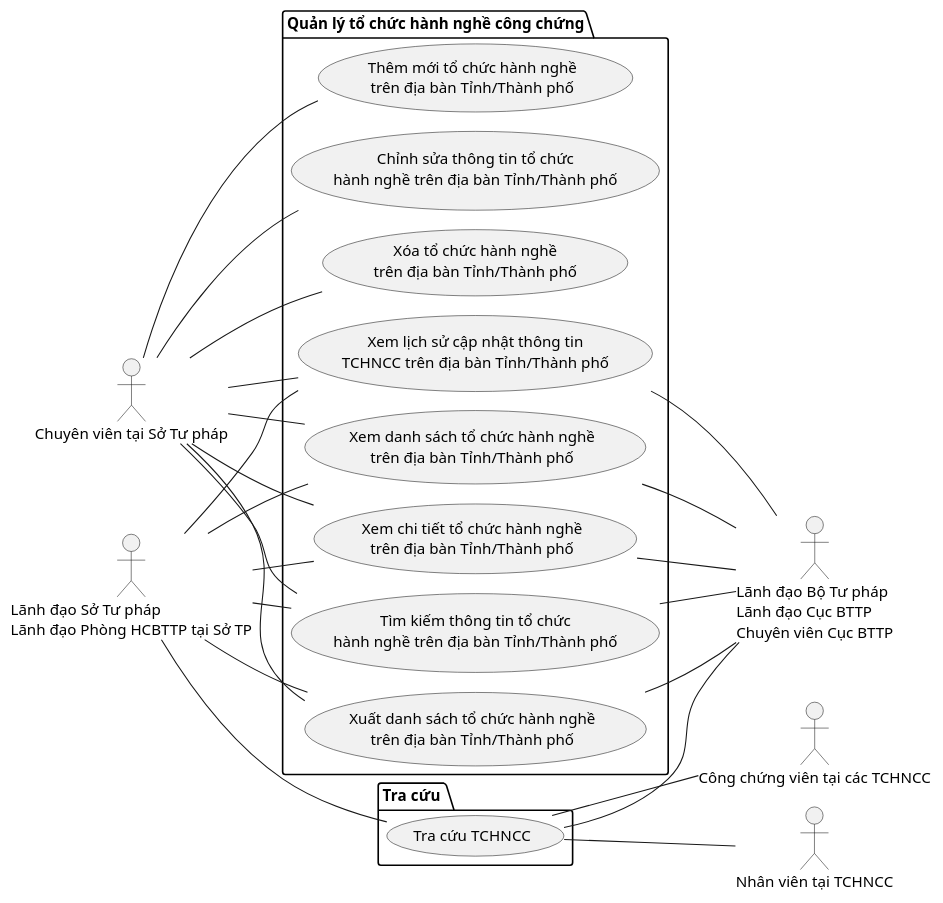
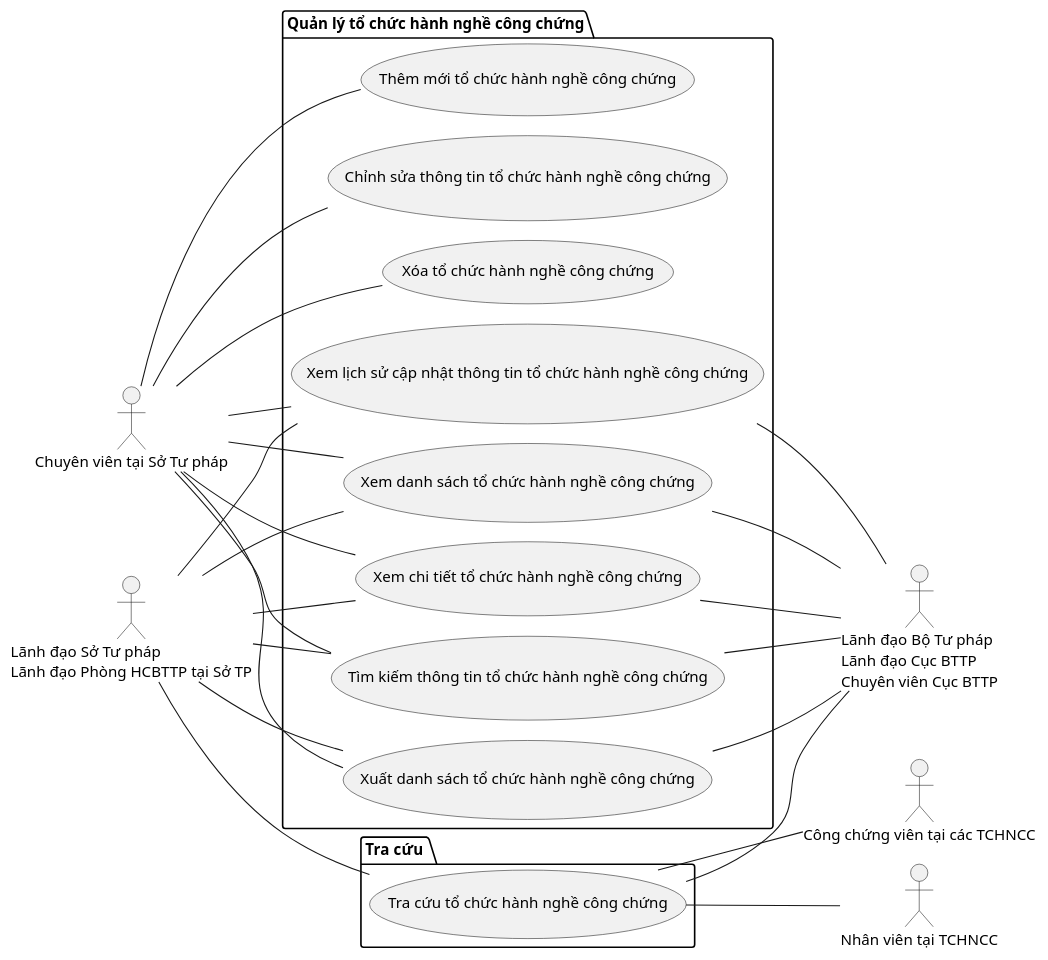
The diagram in Quản lý hồ sơ công chứng/4.usecases.puml (phuongpm23/nds-docs-test), drawn with PlantUML before and after one commit.

Commit message:
Update UC

```diff
--- a/Quản lý hồ sơ công chứng/4.usecases.puml
+++ b/Quản lý hồ sơ công chứng/4.usecases.puml
@@ -1,65 +1,65 @@
 @startuml
 !pragma layout smetana
 left to right direction
 
 '==================== Actors ====================
 actor "Chuyên viên tại Sở Tư pháp" as CV_STP
 actor "Lãnh đạo Sở Tư pháp\nLãnh đạo Phòng HCBTTP tại Sở TP" as Leader_STP
 actor "Lãnh đạo Bộ Tư pháp\nLãnh đạo Cục BTTP\nChuyên viên Cục BTTP" as Leader_BTP
 actor "Công chứng viên tại các TCHNCC" as CCV
 actor "Nhân viên tại TCHNCC" as Staff
 
 '==================== Quản lý tổ chức công chứng ====================
 package "Quản lý tổ chức hành nghề công chứng" as P_OrgMgmt {
-    usecase "Xem danh sách tổ chức hành nghề\ntrên địa bàn Tỉnh/Thành phố" as UC_Org_List
-    usecase "Xem chi tiết tổ chức hành nghề\ntrên địa bàn Tỉnh/Thành phố" as UC_Org_Detail
-    usecase "Thêm mới tổ chức hành nghề\ntrên địa bàn Tỉnh/Thành phố" as UC_Org_Create
-    usecase "Chỉnh sửa thông tin tổ chức\nhành nghề trên địa bàn Tỉnh/Thành phố" as UC_Org_Update
-    usecase "Xóa tổ chức hành nghề\ntrên địa bàn Tỉnh/Thành phố" as UC_Org_Delete
-    usecase "Tìm kiếm thông tin tổ chức\nhành nghề trên địa bàn Tỉnh/Thành phố" as UC_Org_Search
-    usecase "Xuất danh sách tổ chức hành nghề\ntrên địa bàn Tỉnh/Thành phố" as UC_Org_Export
-    usecase "Xem lịch sử cập nhật thông tin\nTCHNCC trên địa bàn Tỉnh/Thành phố" as UC_Org_History
+    usecase "Xem danh sách tổ chức hành nghề công chứng" as UC_Org_List
+    usecase "Xem chi tiết tổ chức hành nghề công chứng" as UC_Org_Detail
+    usecase "Thêm mới tổ chức hành nghề công chứng" as UC_Org_Create
+    usecase "Chỉnh sửa thông tin tổ chức hành nghề công chứng" as UC_Org_Update
+    usecase "Xóa tổ chức hành nghề công chứng" as UC_Org_Delete
+    usecase "Tìm kiếm thông tin tổ chức hành nghề công chứng" as UC_Org_Search
+    usecase "Xuất danh sách tổ chức hành nghề công chứng" as UC_Org_Export
+    usecase "Xem lịch sử cập nhật thông tin tổ chức hành nghề công chứng" as UC_Org_History
 }
 
 '==================== Tra cứu  ====================
 package "Tra cứu " as P_OrgSearch {
-    usecase "Tra cứu TCHNCC" as UC_Org_Lookup
+    usecase "Tra cứu tổ chức hành nghề công chứng" as UC_Org_Lookup
 }
 
 
 '==================== Liên kết Actor → UC ====================
 ' Chuyên viên tại Sở Tư pháp
 CV_STP -- UC_Org_List
 CV_STP -- UC_Org_Detail
 CV_STP -- UC_Org_Create
 CV_STP -- UC_Org_Update
 CV_STP -- UC_Org_Delete
 CV_STP -- UC_Org_Search
 CV_STP -- UC_Org_Export
 CV_STP -- UC_Org_History
 
 ' Lãnh đạo Sở Tư pháp / Phòng HCBTTP
 Leader_STP -- UC_Org_List
 Leader_STP -- UC_Org_Detail
 Leader_STP -- UC_Org_Search
 Leader_STP -- UC_Org_Export
 Leader_STP -- UC_Org_History
 
 Leader_STP -- UC_Org_Lookup
 
 ' Lãnh đạo Bộ Tư pháp / Cục BTTP / Chuyên viên Cục BTTP
 UC_Org_List -- Leader_BTP
 UC_Org_Detail -- Leader_BTP
 UC_Org_Search -- Leader_BTP
 UC_Org_Export -- Leader_BTP
 UC_Org_History -- Leader_BTP
 
 UC_Org_Lookup -- Leader_BTP
 
 ' Công chứng viên tại các TCHNCC
 UC_Org_Lookup -- CCV
 
 ' Nhân viên tại TCHNCC
 UC_Org_Lookup -- Staff
 
 @enduml
```
